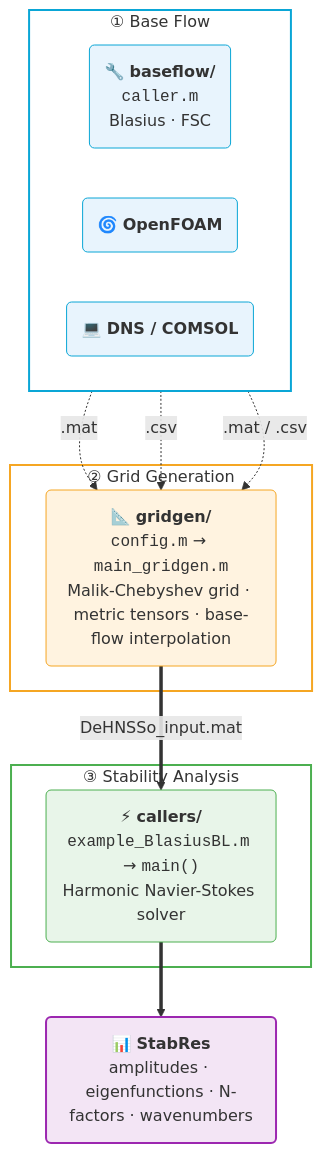
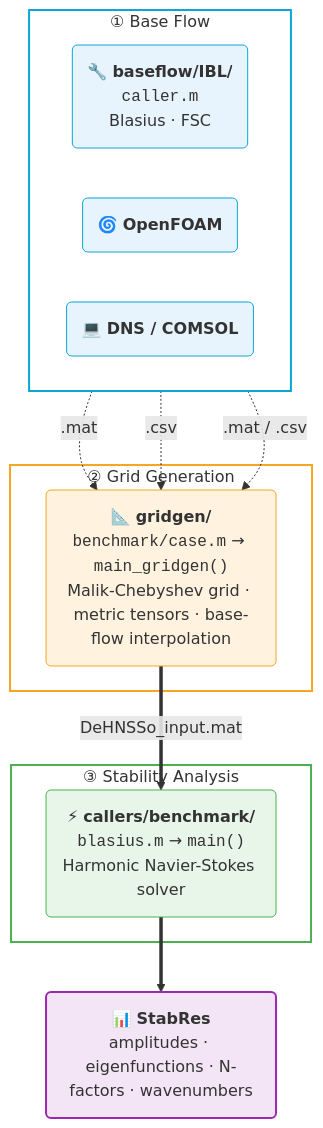
The diagram in README.md (pcboldini/DeHNSSo), drawn with Mermaid before and after one commit. The commit also changed other lines of this file and 81 other files, not shown here.

````diff
--- a/README.md
+++ b/README.md
@@ -75,35 +87,35 @@
 ```mermaid
 flowchart TD
     subgraph INPUT ["① Base Flow"]
         direction LR
-        BL("🔧 <b>baseflow/</b><br/><code>caller.m</code><br/>Blasius · FSC")
+        BL("🔧 <b>baseflow/IBL/</b><br/><code>caller.m</code><br/>Blasius · FSC")
         OF("🌀 <b>OpenFOAM</b>")
         DNS("💻 <b>DNS / COMSOL</b>")
     end
 
     subgraph GRID ["② Grid Generation"]
-        GG("📐 <b>gridgen/</b><br/><code>config.m</code> → <code>main_gridgen.m</code><br/>Malik-Chebyshev grid · metric tensors · base-flow interpolation")
+        GG("📐 <b>gridgen/</b><br/><code>benchmark/case.m</code> → <code>main_gridgen()</code><br/>Malik-Chebyshev grid · metric tensors · base-flow interpolation")
     end
 
     subgraph SOLVE ["③ Stability Analysis"]
-        HNS("⚡ <b>callers/</b><br/><code>example_BlasiusBL.m</code> → <code>main()</code><br/>Harmonic Navier-Stokes solver")
+        HNS("⚡ <b>callers/benchmark/</b><br/><code>blasius.m</code> → <code>main()</code><br/>Harmonic Navier-Stokes solver")
     end
 
     BL -. ".mat" .-> GG
     OF -. ".csv" .-> GG
     DNS -. ".mat / .csv" .-> GG
     GG == "DeHNSSo_input.mat" ==> HNS
     HNS ==> RES
 
     RES("📊 <b>StabRes</b><br/>amplitudes · eigenfunctions · N-factors · wavenumbers")
 
     style INPUT fill:none,stroke:#0aa6d6,stroke-width:2px
     style GRID fill:none,stroke:#f5a623,stroke-width:2px
     style SOLVE fill:none,stroke:#4caf50,stroke-width:2px
     style BL fill:#e8f4fd,stroke:#0aa6d6,color:#333
     style OF fill:#e8f4fd,stroke:#0aa6d6,color:#333
     style DNS fill:#e8f4fd,stroke:#0aa6d6,color:#333
     style GG fill:#fff3e0,stroke:#f5a623,color:#333
     style HNS fill:#e8f5e9,stroke:#4caf50,color:#333
     style RES fill:#f3e5f5,stroke:#9c27b0,color:#333,stroke-width:2px
 ```
````
